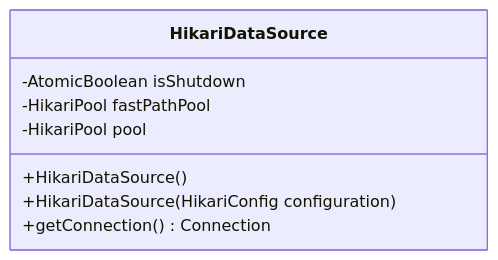
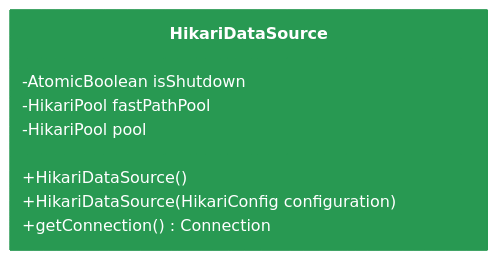
One commit to sesame-small/watermelons changed the second of 2 diagrams in Notes/hikariCp.md. Above: the diagram before and after it, drawn with Mermaid.

````diff
--- a/Notes/hikariCp.md
+++ b/Notes/hikariCp.md
@@ -42,10 +42,23 @@
 ```mermaid
+%%{
+  init: {
+    'theme': 'base',
+    'themeVariables': {
+      'primaryColor': '#289952',
+      'primaryTextColor': '#fff',
+      'primaryBorderColor': '#289952',
+      'lineColor': '#fff',
+      'secondaryColor': '#289952',
+      'tertiaryColor': '#fff'
+    }
+  }
+}%%
 classDiagram
   class HikariDataSource
   HikariDataSource : -AtomicBoolean isShutdown
   HikariDataSource : -HikariPool fastPathPool
   HikariDataSource : -HikariPool pool
   HikariDataSource : +HikariDataSource()
   HikariDataSource : +HikariDataSource(HikariConfig configuration)
   HikariDataSource : +getConnection() Connection
 ```
````
